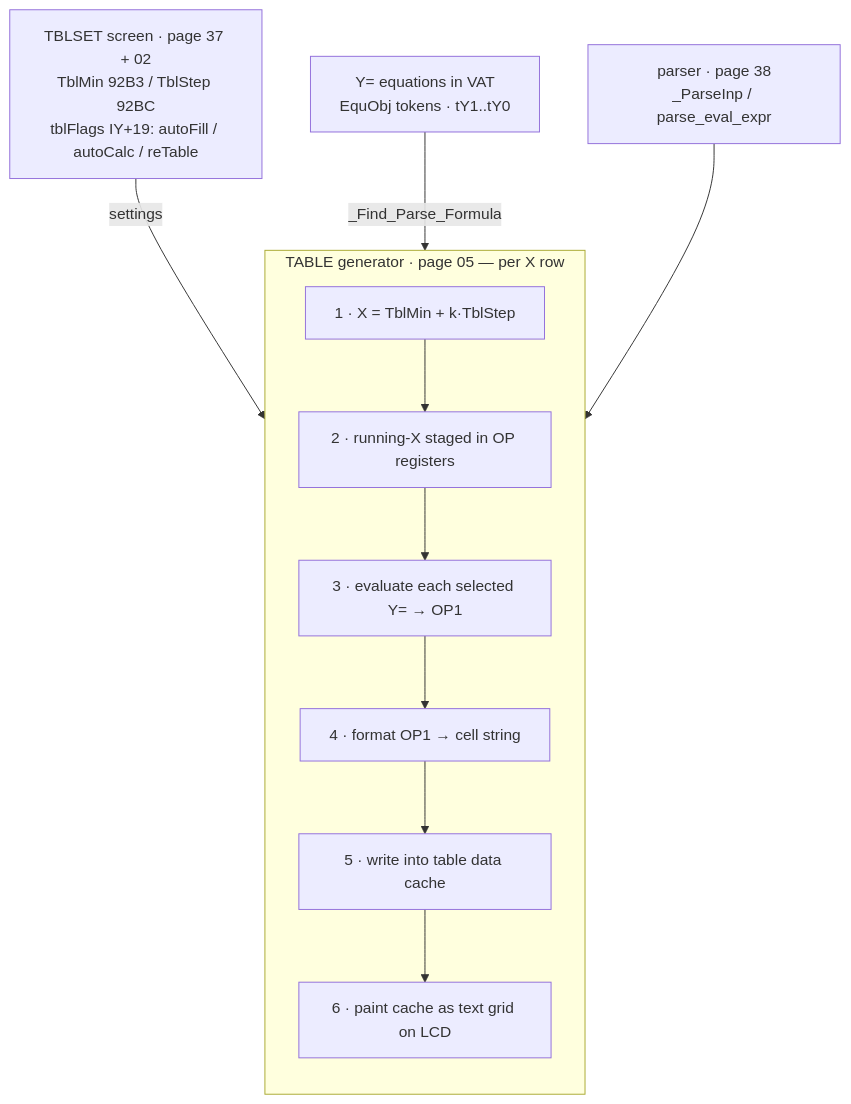
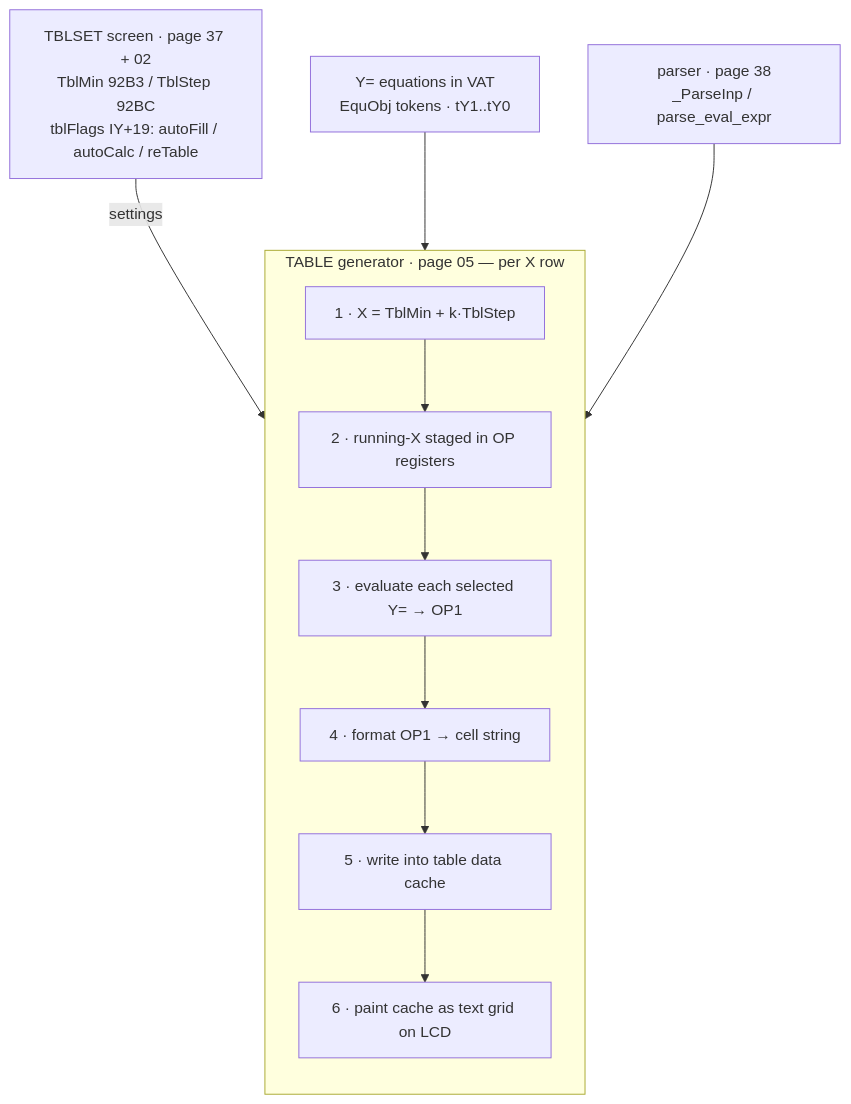
One commit to siraben/ti84p-re changed the diagram in docs/sub-table-yvars.md. Above: the diagram before and after it, drawn with Mermaid. The commit also changed other lines of this file and 72 other files, not shown here.

````diff
--- a/docs/sub-table-yvars.md
+++ b/docs/sub-table-yvars.md
@@ -15,19 +15,19 @@
 ```mermaid
 flowchart TB
     TBLSET["TBLSET screen · page 37 + 02<br/>TblMin 92B3 / TblStep 92BC<br/>tblFlags IY+19: autoFill / autoCalc / reTable"]
     YEQ["Y= equations in VAT<br/>EquObj tokens · tY1..tY0"]
     PARSER["parser · page 38<br/>_ParseInp / parse_eval_expr"]
     subgraph GEN["TABLE generator · page 05 — per X row"]
       direction TB
       S1["1 · X = TblMin + k·TblStep"]
       S2["2 · running-X staged in OP registers"]
       S3["3 · evaluate each selected Y= → OP1"]
       S4["4 · format OP1 → cell string"]
       S5["5 · write into table data cache"]
       S6["6 · paint cache as text grid on LCD"]
       S1 --> S2 --> S3 --> S4 --> S5 --> S6
     end
     TBLSET -->|settings| S1
-    YEQ -->|_Find_Parse_Formula| S3
+    YEQ --> S3
     PARSER --> S3
 ```
````
